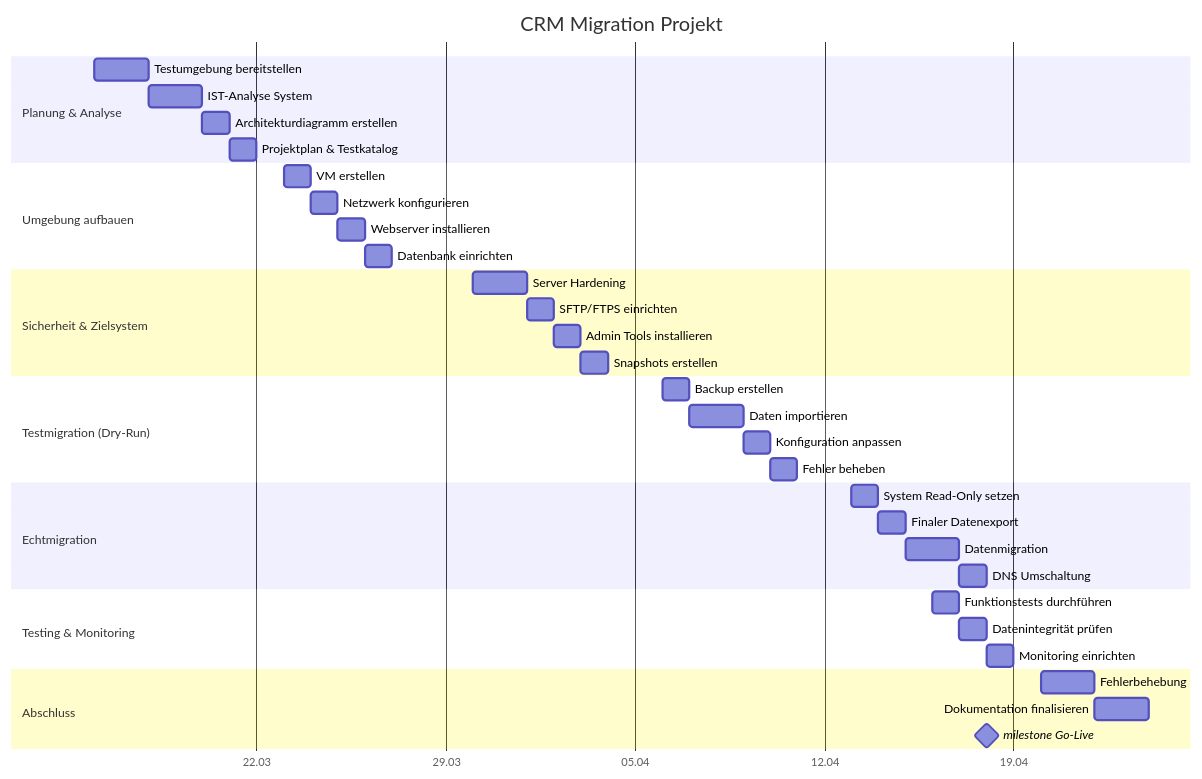
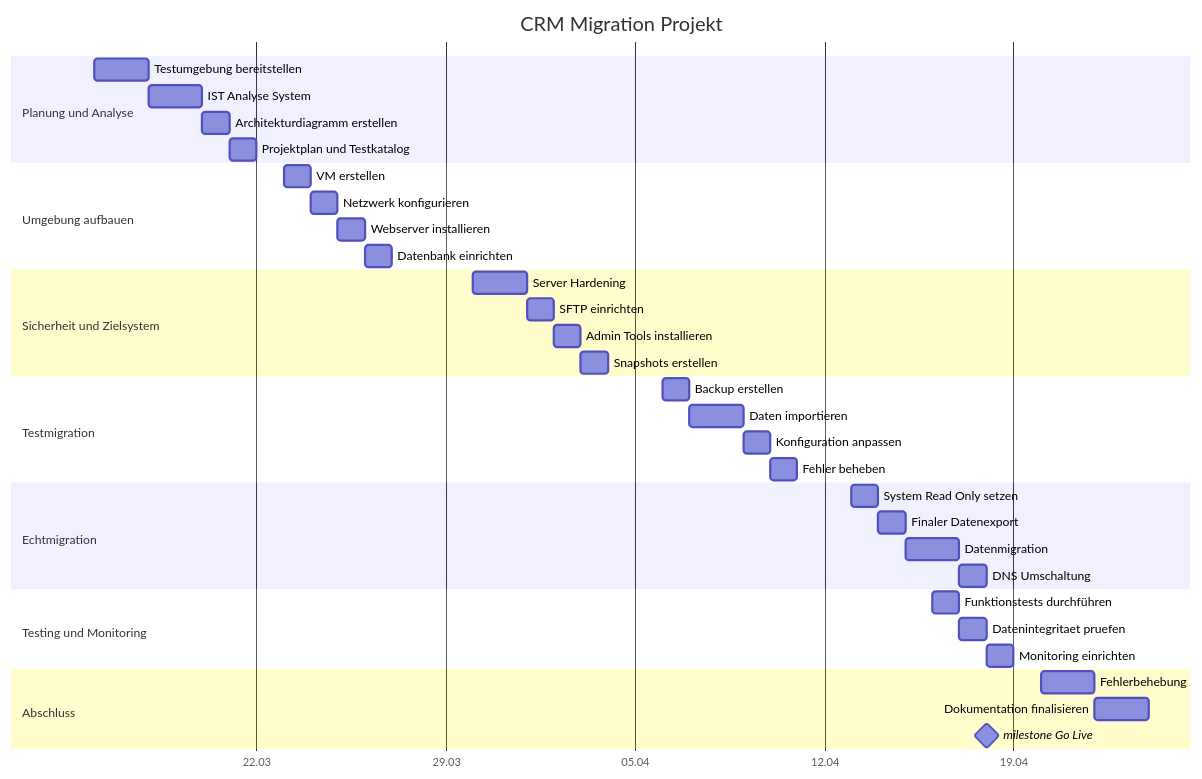
The third of 3 diagrams in Projekt LB2/Phase1.md (noahzuerii/M158), drawn with Mermaid before and after one commit.

Commit message:
Fix formatting and wording in Phase1.md

````diff
--- a/Projekt LB2/Phase1.md
+++ b/Projekt LB2/Phase1.md
@@ -257,47 +257,47 @@
 ```mermaid
 gantt
     title CRM Migration Projekt
     dateFormat YYYY-MM-DD
     axisFormat %d.%m
 
-    section Planung & Analyse
+    section Planung und Analyse
     Testumgebung bereitstellen     :a1, 2026-03-16, 2d
-    IST-Analyse System             :a2, after a1, 2d
+    IST Analyse System             :a2, after a1, 2d
     Architekturdiagramm erstellen  :a3, after a2, 1d
-    Projektplan & Testkatalog      :a4, after a3, 1d
+    Projektplan und Testkatalog    :a4, after a3, 1d
 
     section Umgebung aufbauen
     VM erstellen                   :b1, 2026-03-23, 1d
     Netzwerk konfigurieren         :b2, after b1, 1d
     Webserver installieren         :b3, after b2, 1d
     Datenbank einrichten           :b4, after b3, 1d
 
-    section Sicherheit & Zielsystem
+    section Sicherheit und Zielsystem
     Server Hardening               :c1, 2026-03-30, 2d
-    SFTP/FTPS einrichten           :c2, after c1, 1d
+    SFTP einrichten                :c2, after c1, 1d
     Admin Tools installieren       :c3, after c2, 1d
     Snapshots erstellen            :c4, after c3, 1d
 
-    section Testmigration (Dry-Run)
+    section Testmigration
     Backup erstellen               :d1, 2026-04-06, 1d
     Daten importieren              :d2, after d1, 2d
     Konfiguration anpassen         :d3, after d2, 1d
     Fehler beheben                 :d4, after d3, 1d
 
     section Echtmigration
-    System Read-Only setzen        :e1, 2026-04-13, 1d
+    System Read Only setzen        :e1, 2026-04-13, 1d
     Finaler Datenexport            :e2, after e1, 1d
     Datenmigration                 :e3, after e2, 2d
     DNS Umschaltung                :e4, after e3, 1d
 
-    section Testing & Monitoring
+    section Testing und Monitoring
     Funktionstests durchführen     :f1, 2026-04-16, 1d
-    Datenintegrität prüfen         :f2, after f1, 1d
+    Datenintegritaet pruefen       :f2, after f1, 1d
     Monitoring einrichten          :f3, after f2, 1d
 
     section Abschluss
     Fehlerbehebung                 :g1, 2026-04-20, 2d
     Dokumentation finalisieren     :g2, after g1, 2d
 
-    milestone Go-Live              :milestone, 2026-04-18, 0d
+    milestone Go Live              :milestone, 2026-04-18, 0d
 ```
````
